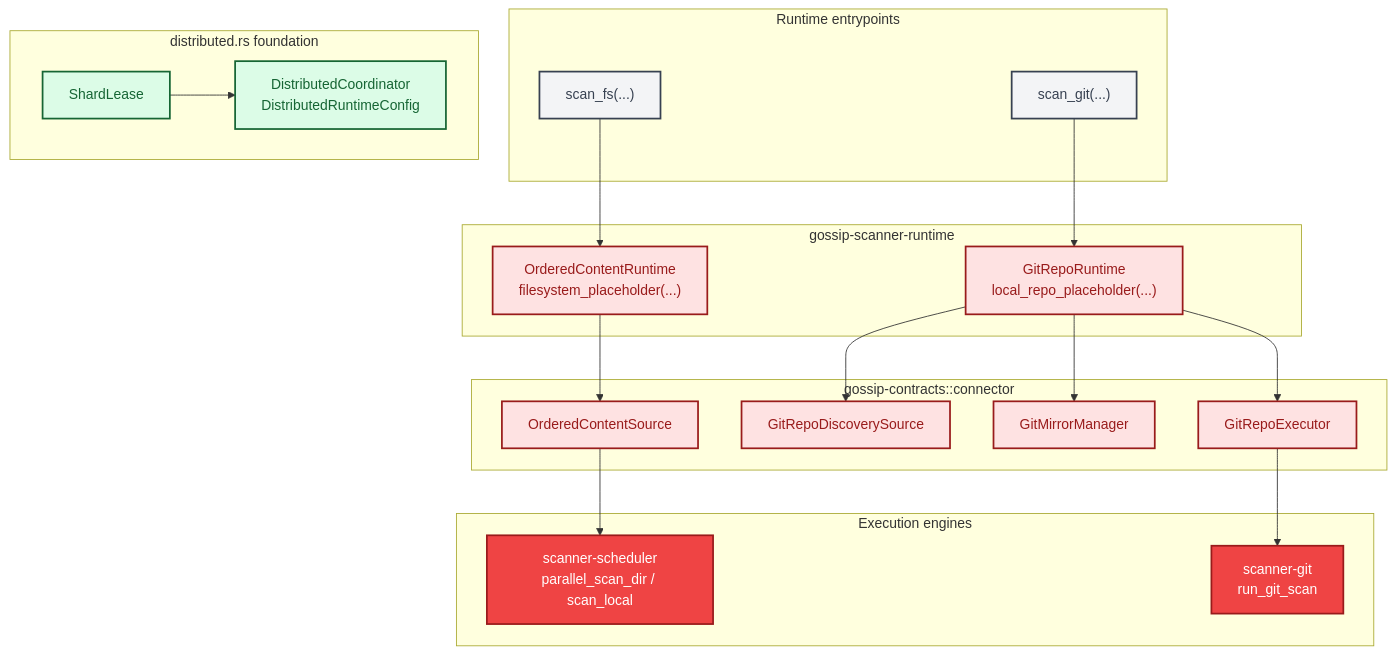
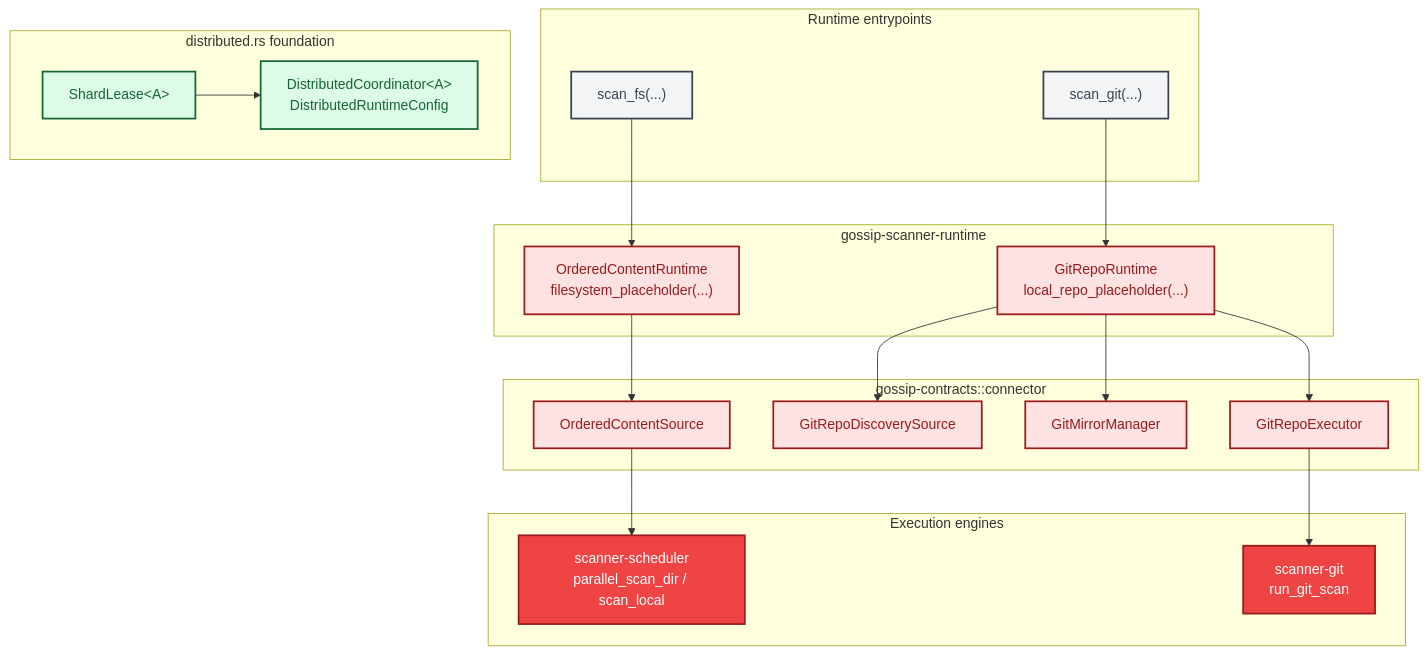
One commit to ahrav/Gossip-rs changed the second of 4 diagrams in diagrams/04-end-to-end-scan-flow.md. Above: the diagram before and after it, drawn with Mermaid. The commit also changed other lines of this file and 3 other files, not shown here.

First line of the commit message:
Strengthen distributed runtime config and type safety

````diff
--- a/diagrams/04-end-to-end-scan-flow.md
+++ b/diagrams/04-end-to-end-scan-flow.md
@@ -77,55 +77,55 @@
 ```mermaid
 %% Diagram: family-runtime-surface
 graph TD
     subgraph EntryPoints["Runtime entrypoints"]
         FS["scan_fs(...)"]
         GIT["scan_git(...)"]
     end
 
     subgraph Runtime["gossip-scanner-runtime"]
         OC["OrderedContentRuntime<br/>filesystem_placeholder(...)"]
         GR["GitRepoRuntime<br/>local_repo_placeholder(...)"]
     end
 
     subgraph Distributed["distributed.rs foundation"]
-        DIST["ShardLease<A>"]
-        DF["DistributedCoordinator<A><br/>DistributedRuntimeConfig"]
+        DIST["ShardLease&lt;A&gt;"]
+        DF["DistributedCoordinator&lt;A&gt;<br/>DistributedRuntimeConfig"]
     end
 
     subgraph Contracts["gossip-contracts::connector"]
         OCS["OrderedContentSource"]
         GDS["GitRepoDiscoverySource"]
         GMM["GitMirrorManager"]
         GRE["GitRepoExecutor"]
     end
 
     subgraph Engines["Execution engines"]
         SCHED["scanner-scheduler<br/>parallel_scan_dir / scan_local"]
         SGIT["scanner-git<br/>run_git_scan"]
     end
 
     FS --> OC
     GIT --> GR
     DIST --> DF
 
     OC --> OCS
     GR --> GDS
     GR --> GMM
     GR --> GRE
 
     OCS --> SCHED
     GRE --> SGIT
 
     style FS fill:#F3F4F6,stroke:#374151,stroke-width:2px,color:#374151
     style GIT fill:#F3F4F6,stroke:#374151,stroke-width:2px,color:#374151
     style DIST fill:#DCFCE7,stroke:#166534,stroke-width:2px,color:#166534
     style OC fill:#FEE2E2,stroke:#991B1B,stroke-width:2px,color:#991B1B
     style GR fill:#FEE2E2,stroke:#991B1B,stroke-width:2px,color:#991B1B
     style DF fill:#DCFCE7,stroke:#166534,stroke-width:2px,color:#166534
     style OCS fill:#FEE2E2,stroke:#991B1B,stroke-width:2px,color:#991B1B
     style GDS fill:#FEE2E2,stroke:#991B1B,stroke-width:2px,color:#991B1B
     style GMM fill:#FEE2E2,stroke:#991B1B,stroke-width:2px,color:#991B1B
     style GRE fill:#FEE2E2,stroke:#991B1B,stroke-width:2px,color:#991B1B
     style SCHED fill:#EF4444,stroke:#991B1B,stroke-width:2px,color:#FFFFFF
     style SGIT fill:#EF4444,stroke:#991B1B,stroke-width:2px,color:#FFFFFF
 ```
````
